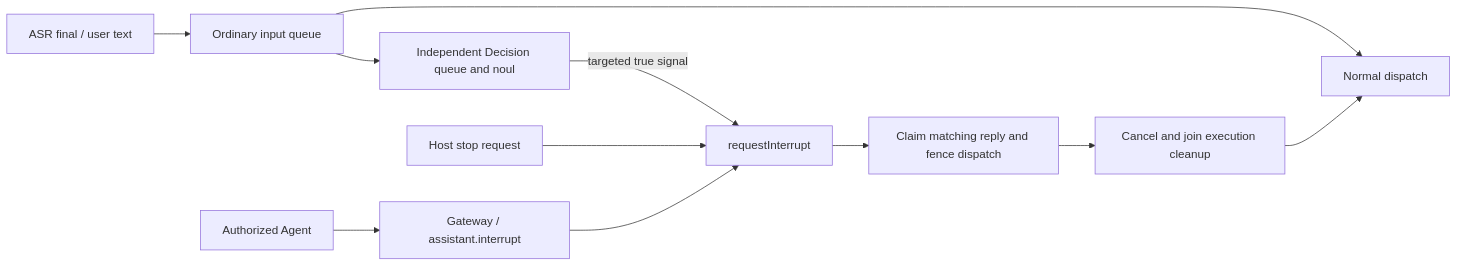
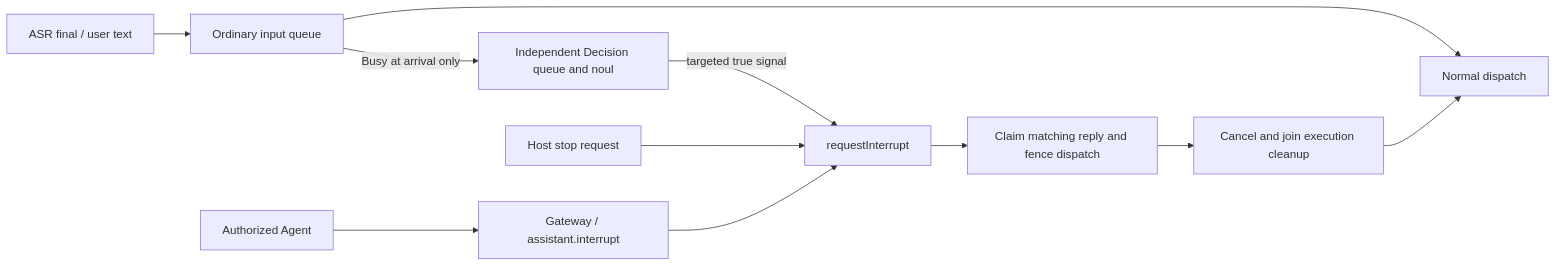
Before and after one commit to devilyouwei/MobileHarness: the third of 3 diagrams in MobileHarness/Agents/Assistant/README.md, drawn with Mermaid. The commit also changed other lines of this file and 123 other files, not shown here.

````diff
--- a/MobileHarness/Agents/Assistant/README.md
+++ b/MobileHarness/Agents/Assistant/README.md
@@ -207,13 +207,13 @@
 ```mermaid
 flowchart LR
  Text[ASR final / user text] --> Queue[Ordinary input queue]
  Queue --> Dispatch[Normal dispatch]
- Queue --> Decision[Independent Decision queue and noul]
+ Queue -->|Busy at arrival only| Decision[Independent Decision queue and noul]
  Decision -->|targeted true signal| Entry[requestInterrupt]
  Host[Host stop request] --> Entry
  Peer[Authorized Agent] --> Gateway[Gateway / assistant.interrupt]
  Gateway --> Entry
  Entry --> Claim[Claim matching reply and fence dispatch]
  Claim --> Cleanup[Cancel and join execution cleanup]
  Cleanup --> Dispatch
 ```
````
